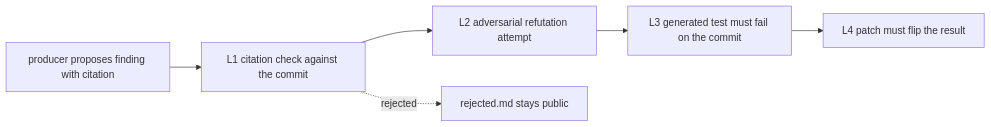
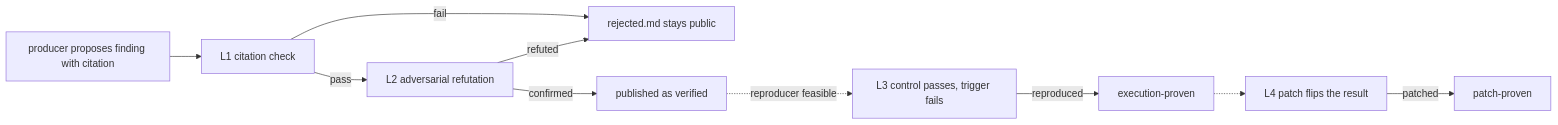
The diagram in README.md (Gruya13/codeproof), drawn with Mermaid before and after one commit. The commit also changed other lines of this file and 1 other file, not shown here.

Commit message:
docs: README precision pass - 6 filed upstream (3+3), publication vs upgrade wording and diagram, five restored limits, blind review by two other-vendor models, AI-assistant disclosure, smoke-run cost range, single-scan 3-7/16

````diff
--- a/README.md
+++ b/README.md
@@ -38,8 +40,12 @@
 ```mermaid
 flowchart LR
-  A["producer proposes finding with citation"] --> B["L1 citation check against the commit"]
-  B --> C["L2 adversarial refutation attempt"]
-  C --> D["L3 generated test must fail on the commit"]
-  D --> E["L4 patch must flip the result"]
-  B -. rejected .-> R["rejected.md stays public"]
+  A["producer proposes finding with citation"] --> B["L1 citation check"]
+  B -- fail --> R["rejected.md stays public"]
+  B -- pass --> C["L2 adversarial refutation"]
+  C -- refuted --> R
+  C -- confirmed --> V["published as verified"]
+  V -. reproducer feasible .-> D["L3 control passes, trigger fails"]
+  D -- reproduced --> E["execution-proven"]
+  E -.-> F["L4 patch flips the result"]
+  F -- patched --> P["patch-proven"]
 ```
````
